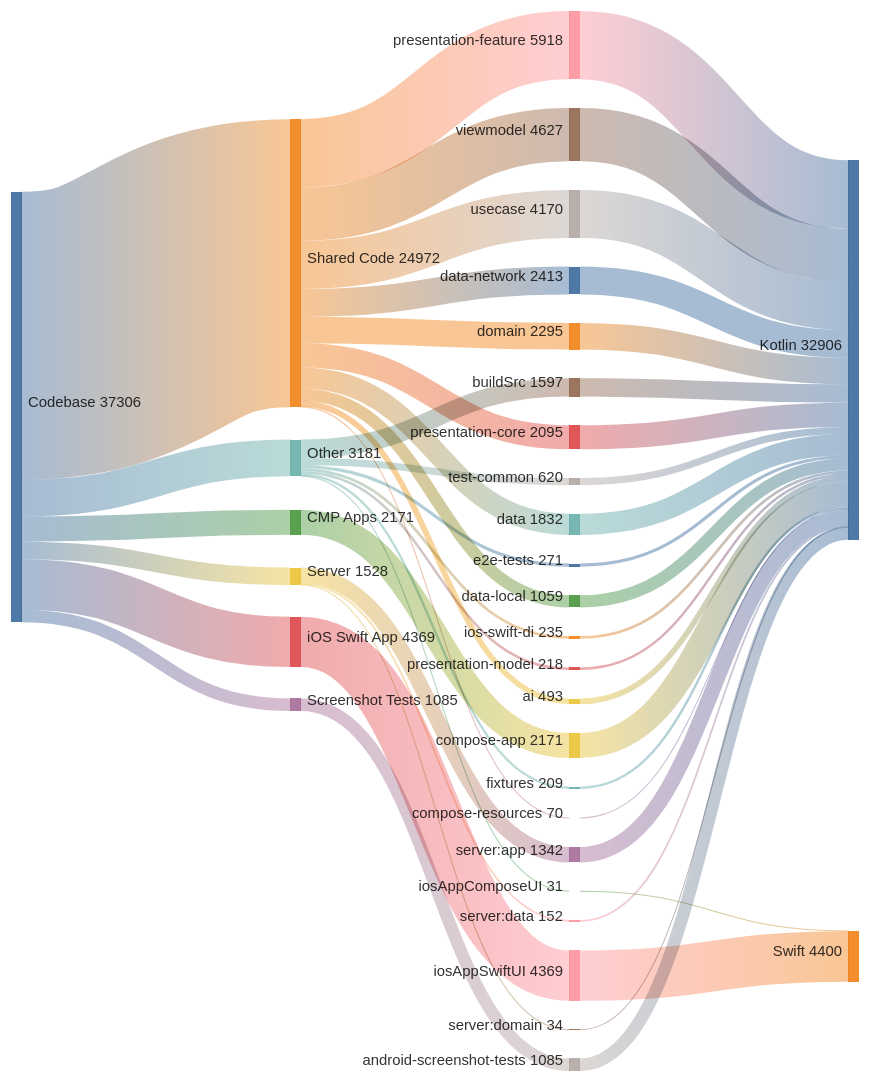
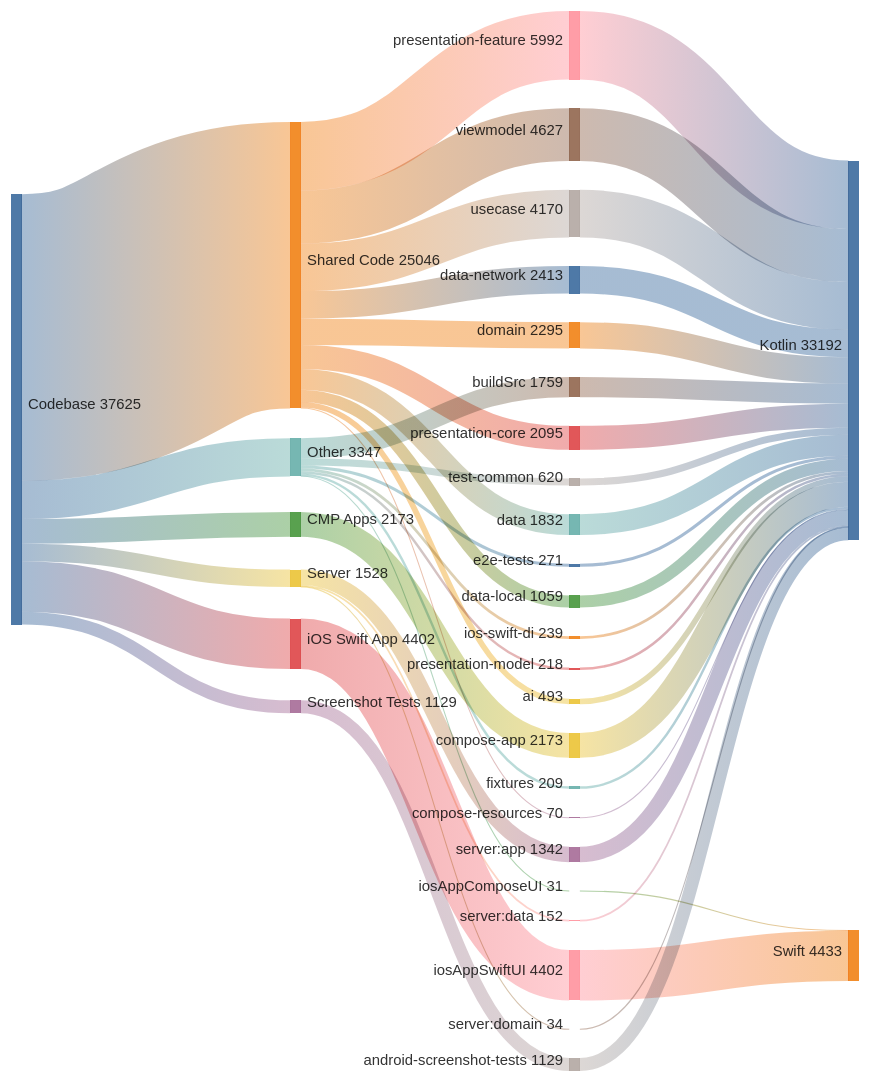
Before and after one commit to cartland/battery-butler: the second of 2 diagrams in README.md, drawn with Mermaid. The commit also changed other lines of this file and 2 other files, not shown here.

Commit message:
docs(generated): Regenerate architecture diagrams and analysis (#943)

````diff
--- a/README.md
+++ b/README.md
@@ -161,73 +162,73 @@
 ```mermaid
 ---
 config:
   sankey:
     showValues: true
     width: 800
     height: 1000
     nodeAlignment: justify
     linkColor: gradient
 ---
 %% GENERATED FILE - DO NOT EDIT
 sankey-beta
 
-Codebase,Shared Code,24972
-Codebase,iOS Swift App,4369
-Codebase,Other,3181
-Codebase,CMP Apps,2171
+Codebase,Shared Code,25046
+Codebase,iOS Swift App,4402
+Codebase,Other,3347
+Codebase,CMP Apps,2173
 Codebase,Server,1528
-Codebase,Screenshot Tests,1085
+Codebase,Screenshot Tests,1129
 
-Shared Code,presentation-feature,5918
+Shared Code,presentation-feature,5992
 Shared Code,viewmodel,4627
 Shared Code,usecase,4170
 Shared Code,data-network,2413
 Shared Code,domain,2295
 Shared Code,presentation-core,2095
 Shared Code,data,1832
 Shared Code,data-local,1059
 Shared Code,ai,493
 Shared Code,compose-resources,70
 
-iOS Swift App,iosAppSwiftUI,4369
+iOS Swift App,iosAppSwiftUI,4402
 
-Other,buildSrc,1597
+Other,buildSrc,1759
 Other,test-common,620
 Other,e2e-tests,271
-Other,ios-swift-di,235
+Other,ios-swift-di,239
 Other,presentation-model,218
 Other,fixtures,209
 Other,iosAppComposeUI,31
 
-CMP Apps,compose-app,2171
+CMP Apps,compose-app,2173
 
 Server,server:app,1342
 Server,server:data,152
 Server,server:domain,34
 
-Screenshot Tests,android-screenshot-tests,1085
+Screenshot Tests,android-screenshot-tests,1129
 
-presentation-feature,Kotlin,5918
+presentation-feature,Kotlin,5992
 viewmodel,Kotlin,4627
-iosAppSwiftUI,Swift,4369
+iosAppSwiftUI,Swift,4402
 usecase,Kotlin,4170
 data-network,Kotlin,2413
 domain,Kotlin,2295
-compose-app,Kotlin,2171
+compose-app,Kotlin,2173
 presentation-core,Kotlin,2095
 data,Kotlin,1832
-buildSrc,Kotlin,1597
+buildSrc,Kotlin,1759
 server:app,Kotlin,1342
-android-screenshot-tests,Kotlin,1085
+android-screenshot-tests,Kotlin,1129
 data-local,Kotlin,1059
 test-common,Kotlin,620
 ai,Kotlin,493
 e2e-tests,Kotlin,271
-ios-swift-di,Kotlin,235
+ios-swift-di,Kotlin,239
 presentation-model,Kotlin,218
 fixtures,Kotlin,209
 server:data,Kotlin,152
 compose-resources,Kotlin,70
 server:domain,Kotlin,34
 iosAppComposeUI,Swift,31
 ```
````
